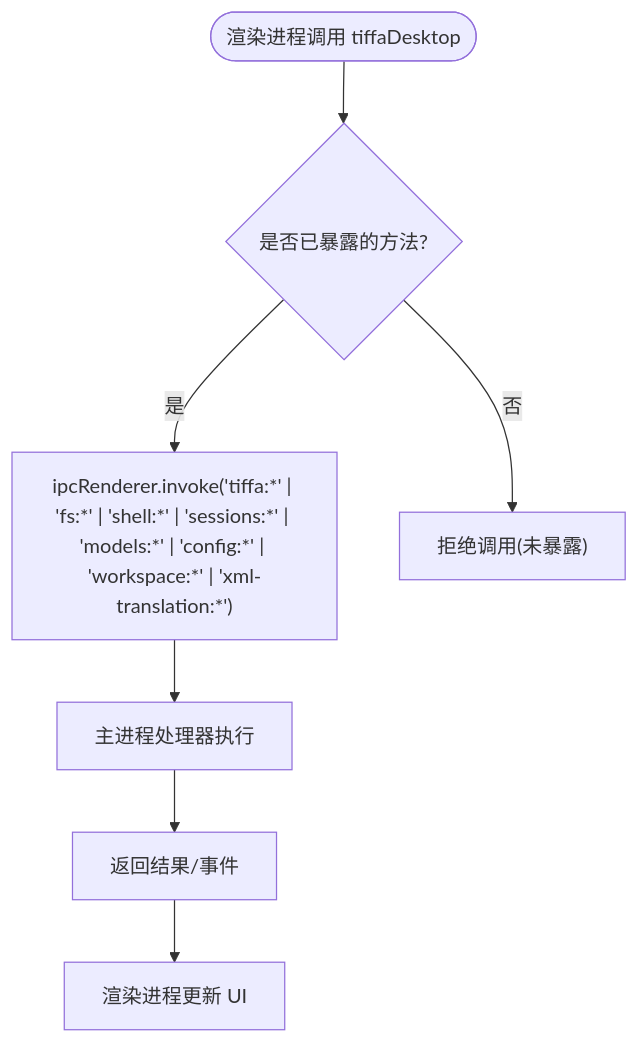
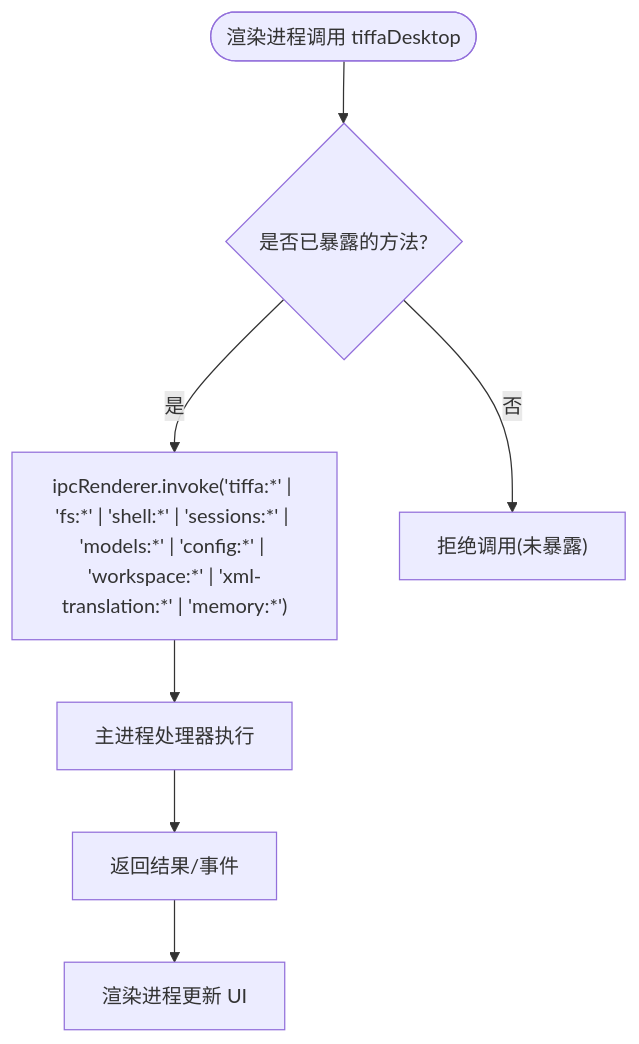
Before and after one commit to swond-Mao/Tiffa: the fourth of 8 diagrams in .qoder/repowiki/zh/content/核心架构/Electron应用架构.md, drawn with Mermaid. The commit also changed other lines of this file and 359 other files, not shown here.

````diff
--- a/.qoder/repowiki/zh/content/核心架构/Electron应用架构.md
+++ b/.qoder/repowiki/zh/content/核心架构/Electron应用架构.md
@@ -183,9 +212,9 @@
 ```mermaid
 flowchart TD
 Start(["渲染进程调用 tiffaDesktop"]) --> CheckAPI{"是否已暴露的方法?"}
-CheckAPI --> |是| Invoke["ipcRenderer.invoke('tiffa:*' | 'fs:*' | 'shell:*' | 'sessions:*' | 'models:*' | 'config:*' | 'workspace:*' | 'xml-translation:*')"]
+CheckAPI --> |是| Invoke["ipcRenderer.invoke('tiffa:*' | 'fs:*' | 'shell:*' | 'sessions:*' | 'models:*' | 'config:*' | 'workspace:*' | 'xml-translation:*' | 'memory:*')"]
 CheckAPI --> |否| Deny["拒绝调用(未暴露)"]
 Invoke --> MainIPC["主进程处理器执行"]
 MainIPC --> Result["返回结果/事件"]
 Result --> Render["渲染进程更新 UI"]
 ```
````
